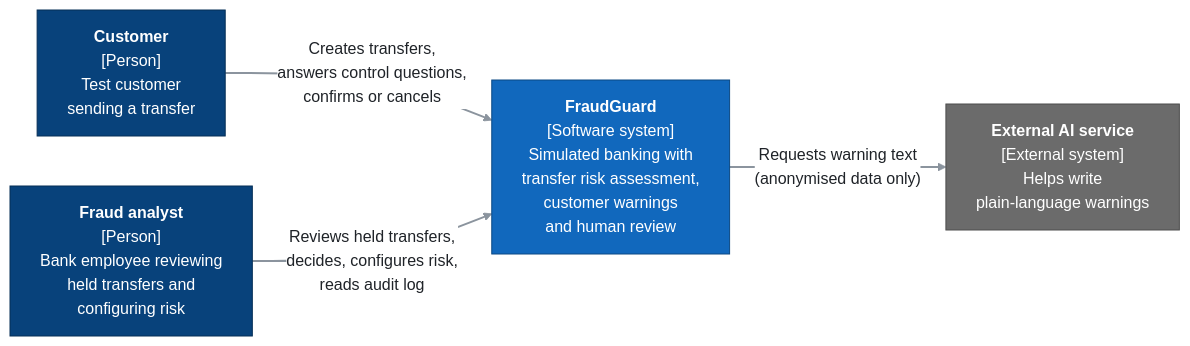
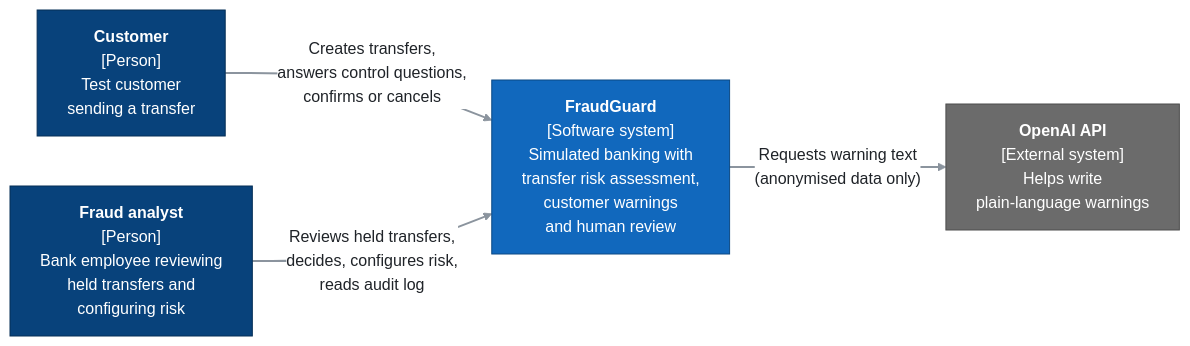
Before and after one commit to micha1bak/FraudGuard: the first of 6 diagrams in docs/architecture.md, drawn with Mermaid. The commit also changed other lines of this file, not shown here.

First line of the commit message:
docs: update architecture for the chosen stack

````diff
--- a/docs/architecture.md
+++ b/docs/architecture.md
@@ -26,20 +28,20 @@
 ```mermaid
 %%{init: {"themeVariables": {"edgeLabelBackground": "#ffffff"}}}%%
 flowchart LR
   customer["<b>Customer</b><br/>[Person]<br/>Test customer<br/>sending a transfer"]
   analyst["<b>Fraud analyst</b><br/>[Person]<br/>Bank employee reviewing<br/>held transfers and<br/>configuring risk"]
   fraudguard["<b>FraudGuard</b><br/>[Software system]<br/>Simulated banking with<br/>transfer risk assessment,<br/>customer warnings<br/>and human review"]
-  ai["<b>External AI service</b><br/>[External system]<br/>Helps write<br/>plain-language warnings"]
+  ai["<b>OpenAI API</b><br/>[External system]<br/>Helps write<br/>plain-language warnings"]
 
   customer -- "Creates transfers,<br/>answers control questions,<br/>confirms or cancels" --> fraudguard
   analyst -- "Reviews held transfers,<br/>decides, configures risk,<br/>reads audit log" --> fraudguard
   fraudguard -- "Requests warning text<br/>(anonymised data only)" --> ai
 
   classDef person fill:#08427b,stroke:#052e56,color:#ffffff
   classDef system fill:#1168bd,stroke:#0b4884,color:#ffffff
   classDef external fill:#6b6b6b,stroke:#4d4d4d,color:#ffffff
   class customer,analyst person
   class fraudguard system
   class ai external
   linkStyle default stroke:#8b949e,stroke-width:2px,color:#1f2328
 ```
````
